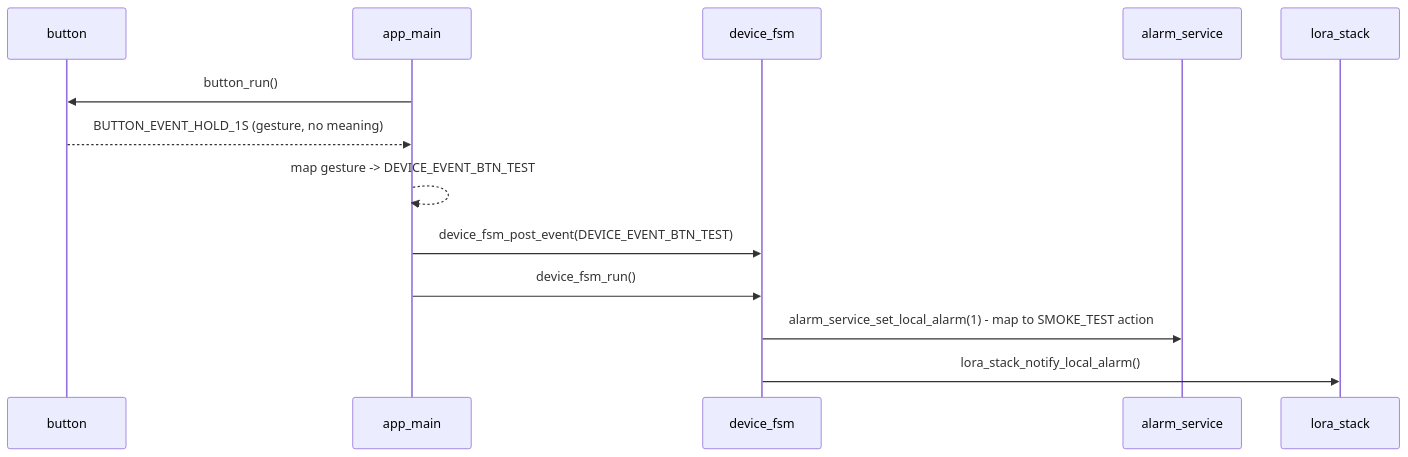
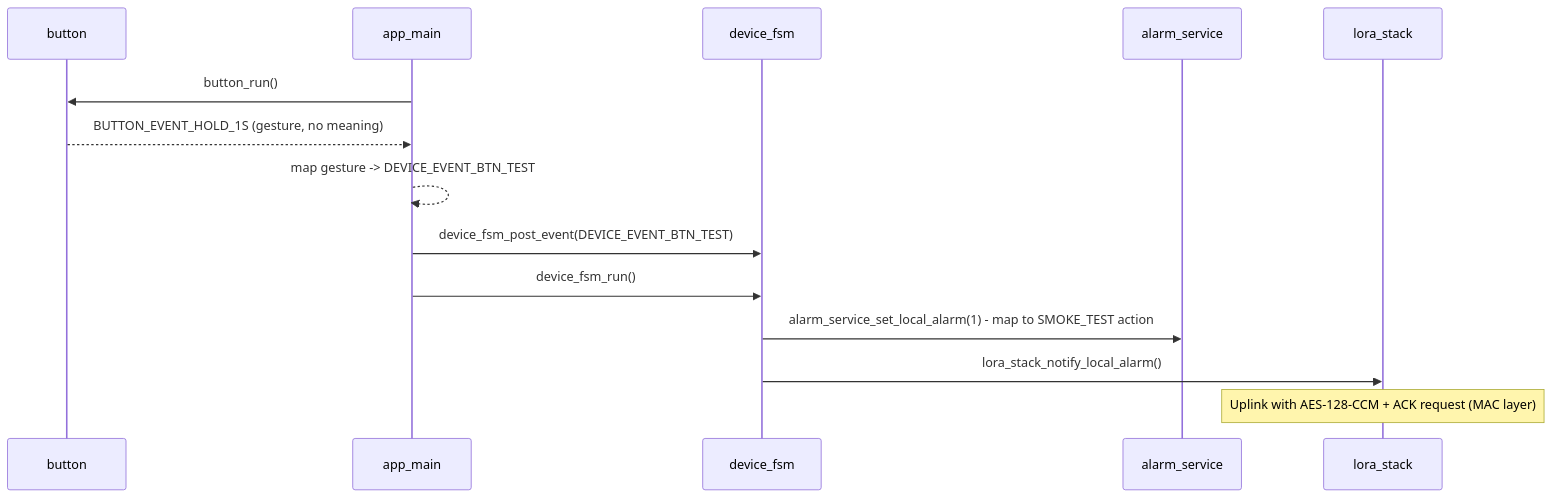
One commit to vuvantruong120896/emic_lora_protocol changed the tenth of 11 diagrams in EMIC_LORA_PROTOCOL/docs/main_runtime_flow.md. Above: the diagram before and after it, drawn with Mermaid. The commit also changed other lines of this file and 4 other files, not shown here.

First line of the commit message:
docs: standardize terminology & references (MAC layer, AES-128-CCM, anti-replay)

````diff
--- a/EMIC_LORA_PROTOCOL/docs/main_runtime_flow.md
+++ b/EMIC_LORA_PROTOCOL/docs/main_runtime_flow.md
@@ -443,16 +461,17 @@
 ```mermaid
 sequenceDiagram
   participant BTN as button
   participant APP as app_main
   participant FSM as device_fsm
   participant ALARM as alarm_service
   participant STACK as lora_stack
 
   APP->>BTN: button_run()
   BTN-->>APP: BUTTON_EVENT_HOLD_1S (gesture, no meaning)
   APP-->>APP: map gesture -> DEVICE_EVENT_BTN_TEST
   APP->>FSM: device_fsm_post_event(DEVICE_EVENT_BTN_TEST)
   APP->>FSM: device_fsm_run()
   FSM->>ALARM: alarm_service_set_local_alarm(1) - map to SMOKE_TEST action
   FSM->>STACK: lora_stack_notify_local_alarm()
+  Note over STACK: Uplink with AES-128-CCM + ACK request (MAC layer)
 ```
````
